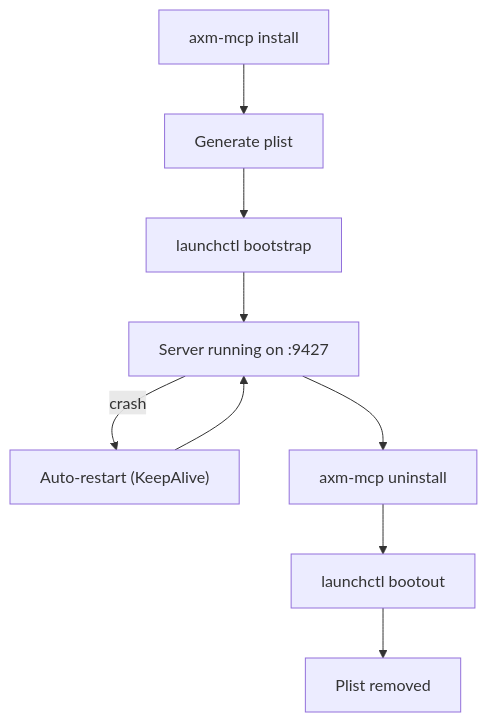
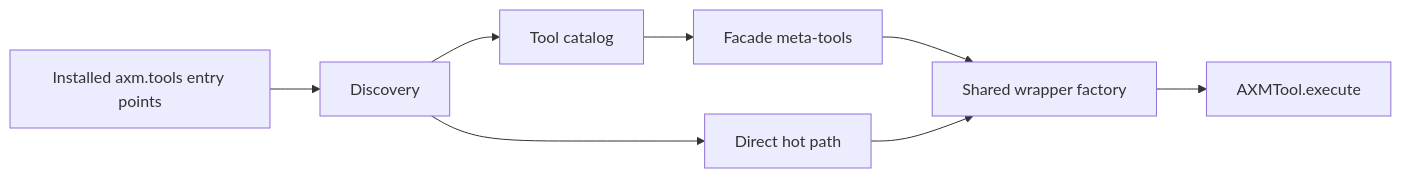
The diagram in packages/axm-mcp/docs/explanation/architecture.md (axm-protocols/axm-forge), drawn with Mermaid before and after one commit. The commit also changed other lines of this file and 15 other files, not shown here.

First line of the commit message:
docs(axm-mcp): align facade transport and configuration contracts

````diff
--- a/packages/axm-mcp/docs/explanation/architecture.md
+++ b/packages/axm-mcp/docs/explanation/architecture.md
@@ -163,11 +10,10 @@
 ```mermaid
-graph TD
-    Install["axm-mcp install"] --> Plist["Generate plist"]
-    Plist --> Load["launchctl bootstrap"]
-    Load --> Running["Server running on :9427"]
-    Running -->|crash| Restart["Auto-restart (KeepAlive)"]
-    Restart --> Running
-    Running --> Stop["axm-mcp uninstall"]
-    Stop --> Bootout["launchctl bootout"]
-    Bootout --> Removed["Plist removed"]
+flowchart LR
+    Packages["Installed axm.tools entry points"] --> Discovery["Discovery"]
+    Discovery --> Catalog["Tool catalog"]
+    Catalog --> Facade["Facade meta-tools"]
+    Discovery --> Direct["Direct hot path"]
+    Facade --> Wrappers["Shared wrapper factory"]
+    Direct --> Wrappers
+    Wrappers --> Tools["AXMTool.execute"]
 ```
````
